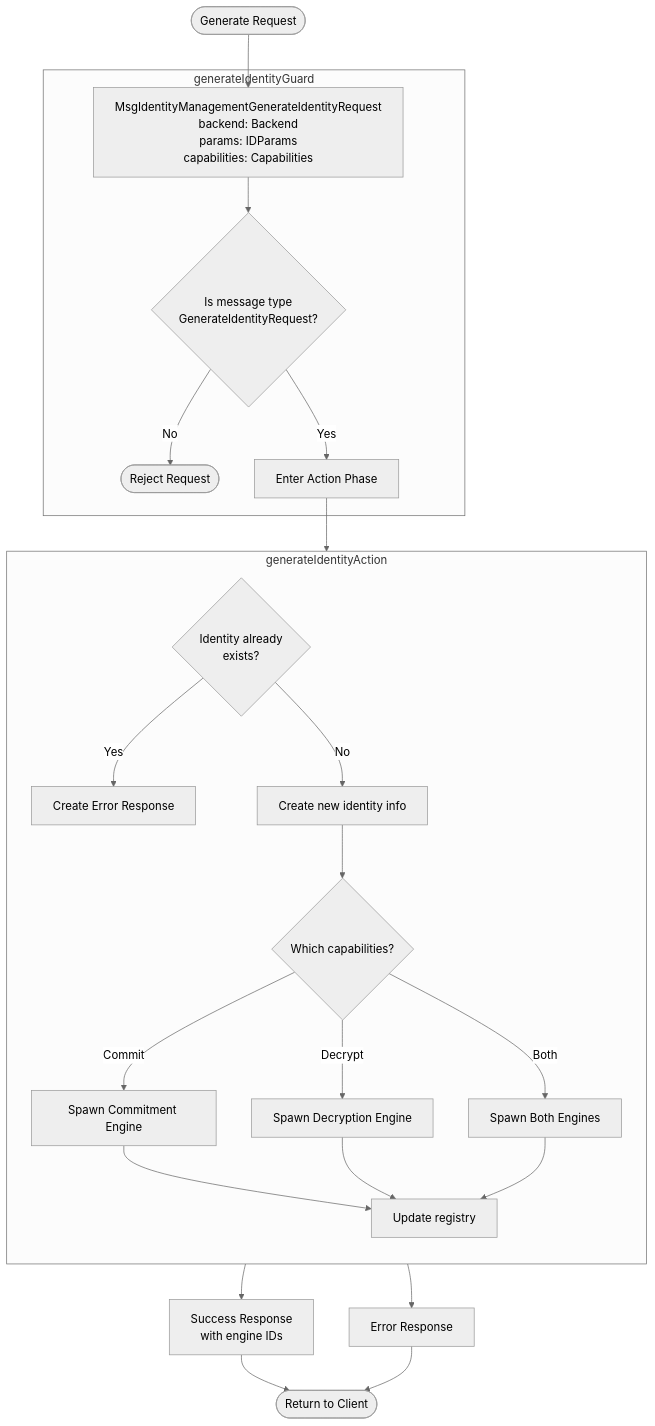
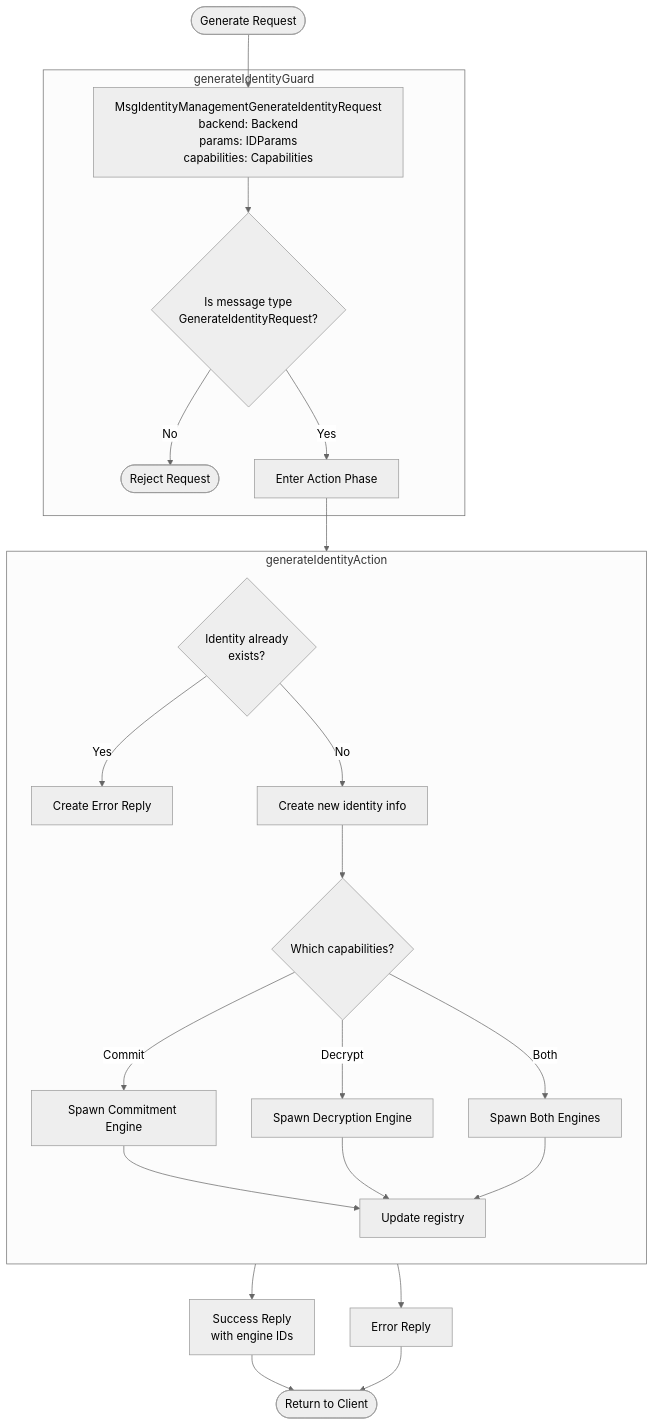
One commit to anoma/nspec changed the first of 3 diagrams in docs/arch/node/engines/identity_management_behaviour.juvix.md. Above: the diagram before and after it, drawn with Mermaid (neutral theme). The commit also changed other lines of this file and 37 other files, not shown here.

Commit message:
Renamed all instances of "Response" to "Reply" in message interfaces for consistency across commitment, decryption, identity management, and other engines.

````diff
--- a/docs/arch/node/engines/identity_management_behaviour.juvix.md
+++ b/docs/arch/node/engines/identity_management_behaviour.juvix.md
@@ -50,28 +50,28 @@
 ```mermaid
 flowchart TD
     Start([Generate Request]) --> MsgReq[MsgIdentityManagementGenerateIdentityRequest<br/>backend: Backend<br/>params: IDParams<br/>capabilities: Capabilities]
 
     subgraph Guard["generateIdentityGuard"]
         MsgReq --> ValidType{Is message type<br/>GenerateIdentityRequest?}
         ValidType -->|No| Reject([Reject Request])
         ValidType -->|Yes| ActionEntry[Enter Action Phase]
     end
 
     ActionEntry --> Action
 
     subgraph Action["generateIdentityAction"]
         direction TB
         Check{Identity already<br/>exists?}
-        Check -->|Yes| ErrExists[Create Error Response]
+        Check -->|Yes| ErrExists[Create Error Reply]
         Check -->|No| Create[Create new identity info]
         Create --> SpawnEngines{Which capabilities?}
         SpawnEngines -->|Commit| SpawnCommit[Spawn Commitment Engine]
         SpawnEngines -->|Decrypt| SpawnDecrypt[Spawn Decryption Engine]
         SpawnEngines -->|Both| SpawnBoth[Spawn Both Engines]
         SpawnCommit & SpawnDecrypt & SpawnBoth --> UpdateState[Update registry]
     end
 
-    UpdateState --> Response[Success Response<br/>with engine IDs]
-    ErrExists --> ErrResponse[Error Response]
-    Response & ErrResponse --> Client([Return to Client])
+    UpdateState --> Reply[Success Reply<br/>with engine IDs]
+    ErrExists --> ErrReply[Error Reply]
+    Reply & ErrReply --> Client([Return to Client])
 ```
````
